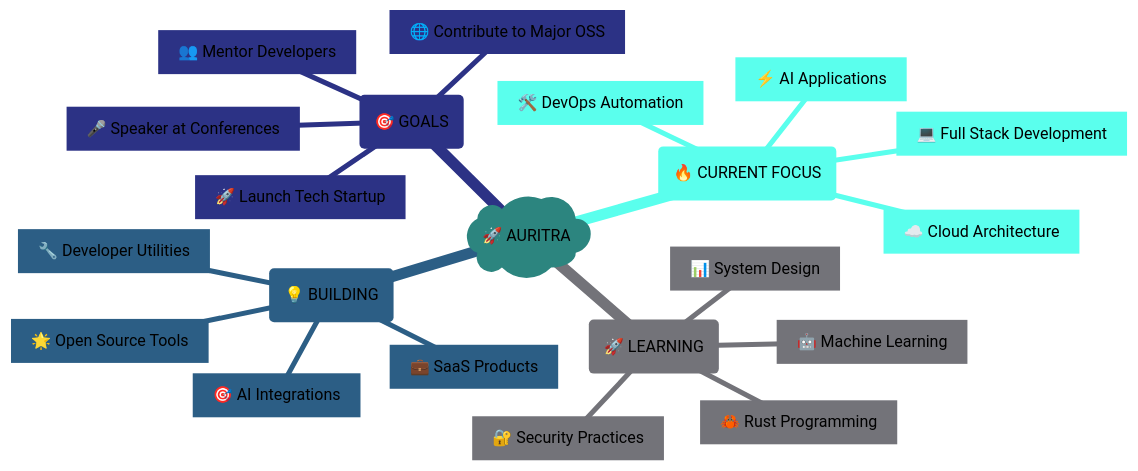
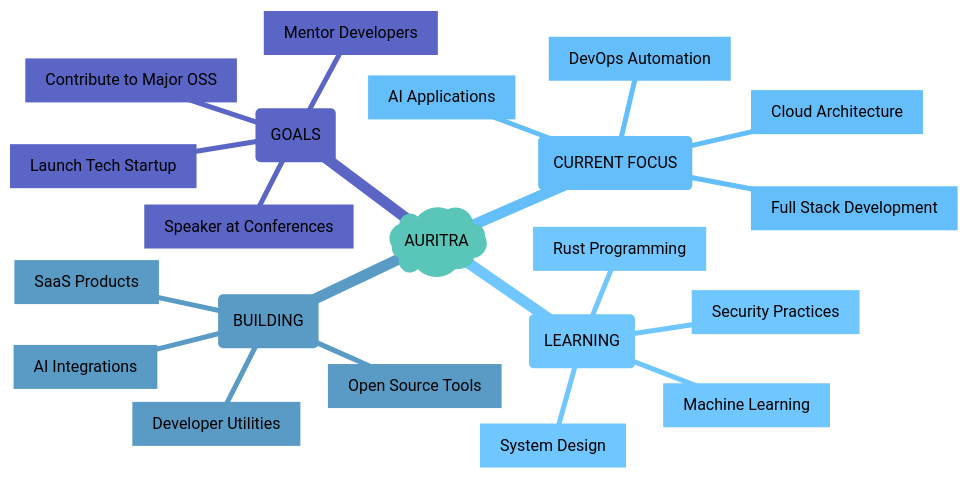
The diagram in README.md (auri-ap-cn/auri-ap-cn), drawn with Mermaid before and after one commit.

````diff
--- a/README.md
+++ b/README.md
@@ -218,25 +218,25 @@
 ```mermaid
-%%{init: {'theme':'base', 'themeVariables': {'background': '#ffffff', 'primaryColor': '#64CCC5', 'primaryTextColor': '#000000', 'primaryBorderColor': '#176B87', 'lineColor': '#04364A', 'secondaryColor': '#DAFFFB', 'tertiaryColor': '#B4B4B8', 'quaternaryColor': '#64CCC5', 'c0': '#64CCC5', 'c1': '#176B87', 'c2': '#04364A', 'c3': '#DAFFFB', 'c4': '#B4B4B8', 'fontSize': '16px', 'fontFamily': 'Arial, sans-serif', 'mainBkg': '#64CCC5', 'secondBkg': '#176B87', 'tertiaryBkg': '#04364A'}}}%%
+%%{init: {'theme':'base', 'themeVariables': {'background': '#ffffff', 'primaryColor': '#B8E6E1', 'primaryTextColor': '#000000', 'primaryBorderColor': '#7DD3FC', 'lineColor': '#38BDF8', 'secondaryColor': '#E0F2FE', 'tertiaryColor': '#F0F9FF', 'quaternaryColor': '#B8E6E1', 'c0': '#E0F2FE', 'c1': '#B8E6E1', 'c2': '#7DD3FC', 'c3': '#38BDF8', 'c4': '#F0F9FF', 'fontSize': '16px', 'fontFamily': 'Arial, sans-serif', 'mainBkg': '#E0F2FE', 'secondBkg': '#B8E6E1', 'tertiaryBkg': '#7DD3FC'}}}%%
 mindmap
-  root)🚀 AURITRA(
-    (🔥 CURRENT FOCUS)
-      [⚡ AI Applications]
-      [💻 Full Stack Development]
-      [🛠️ DevOps Automation]
-      [☁️ Cloud Architecture]
-    (🚀 LEARNING)
-      [🦀 Rust Programming]
-      [🤖 Machine Learning]
-      [📊 System Design]
-      [🔐 Security Practices]
-    (💡 BUILDING)
-      [🌟 Open Source Tools]
-      [💼 SaaS Products]
-      [🔧 Developer Utilities]
-      [🎯 AI Integrations]
-    (🎯 GOALS)
-      [🌐 Contribute to Major OSS]
-      [🚀 Launch Tech Startup]
-      [👥 Mentor Developers]
-      [🎤 Speaker at Conferences]
+  root)AURITRA(
+    (CURRENT FOCUS)
+      [AI Applications]
+      [Full Stack Development]
+      [DevOps Automation]
+      [Cloud Architecture]
+    (LEARNING)
+      [Rust Programming]
+      [Machine Learning]
+      [System Design]
+      [Security Practices]
+    (BUILDING)
+      [Open Source Tools]
+      [SaaS Products]
+      [Developer Utilities]
+      [AI Integrations]
+    (GOALS)
+      [Contribute to Major OSS]
+      [Launch Tech Startup]
+      [Mentor Developers]
+      [Speaker at Conferences]
 ```
````
